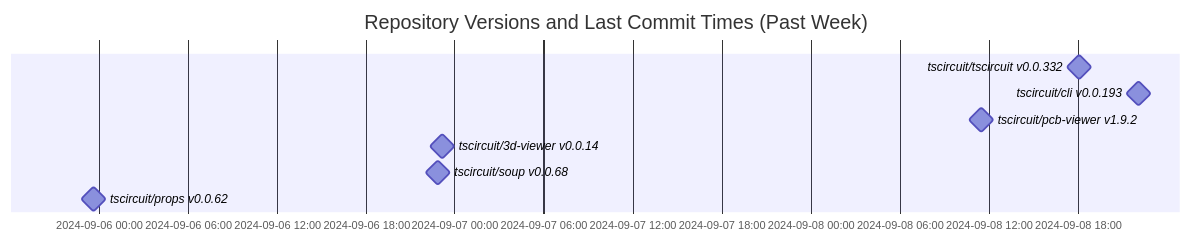
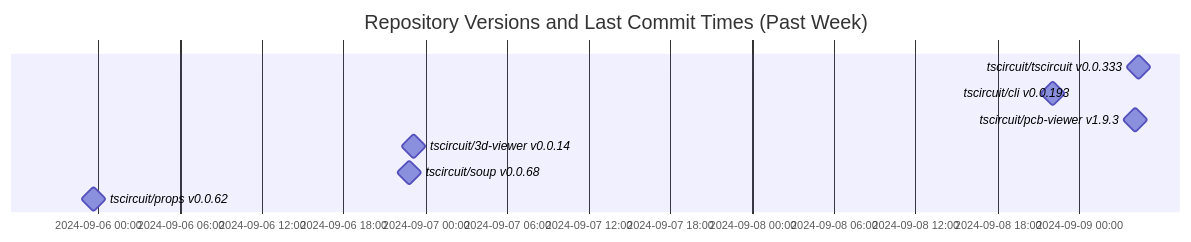
Before and after one commit to tscircuit/version-tracker: the diagram in README.md, drawn with Mermaid.

Commit message:
Update chart

````diff
--- a/README.md
+++ b/README.md
@@ -1,13 +1,13 @@
 ```mermaid
 gantt
   dateFormat  YYYY-MM-DD HH:mm:ss
   title Repository Versions and Last Commit Times (Past Week)
   axisFormat %Y-%m-%d %H:%M
 
-  tscircuit/tscircuit v0.0.332 : milestone, 2024-09-08 18:03:38, 1s
+  tscircuit/tscircuit v0.0.333 : milestone, 2024-09-09 04:22:09, 1s
   tscircuit/cli v0.0.193 : milestone, 2024-09-08 22:05:27, 1s
-  tscircuit/pcb-viewer v1.9.2 : milestone, 2024-09-08 11:28:49, 1s
+  tscircuit/pcb-viewer v1.9.3 : milestone, 2024-09-09 04:08:34, 1s
   tscircuit/3d-viewer v0.0.14 : milestone, 2024-09-06 23:07:26, 1s
   tscircuit/soup v0.0.68 : milestone, 2024-09-06 22:51:33, 1s
   tscircuit/props v0.0.62 : milestone, 2024-09-05 23:38:33, 1s
 ```
````
